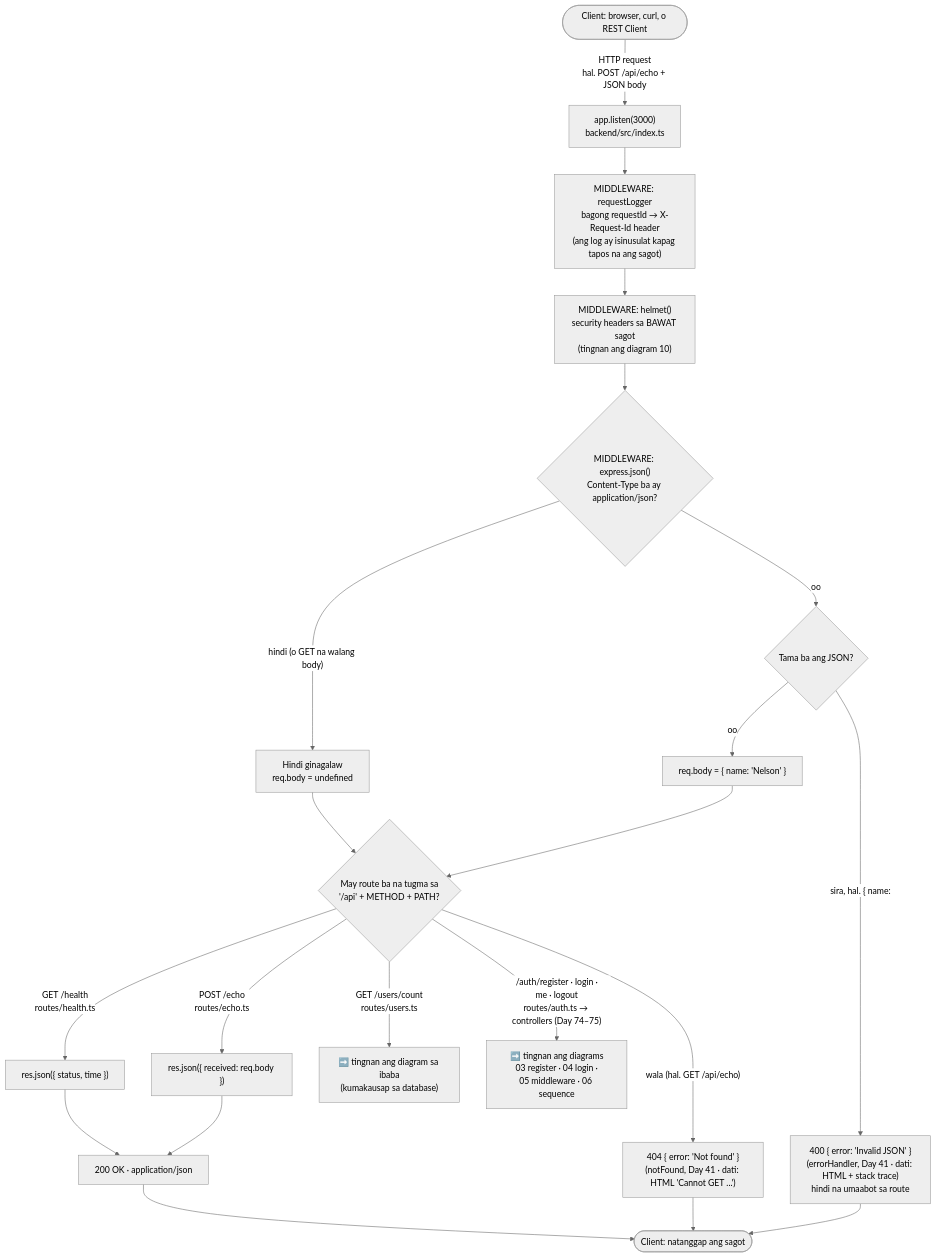
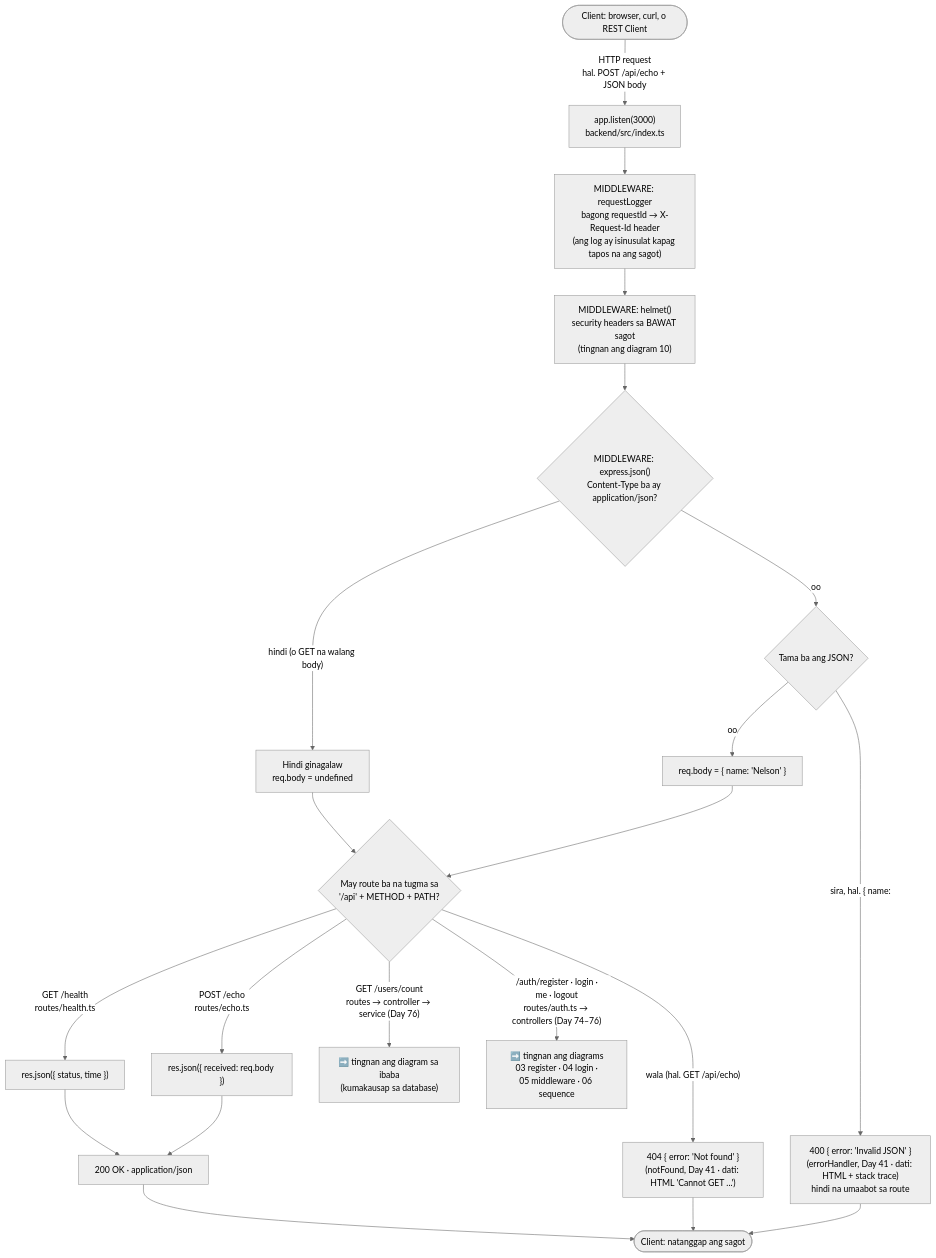
Before and after one commit to nelson1869-ai/auth-learning: the first of 3 diagrams in docs/diagrams/01-request-lifecycle.md, drawn with Mermaid (neutral theme). The commit also changed other lines of this file and 18 other files, not shown here.

First line of the commit message:
docs: Day 76 final architecture, all diagrams, journal

````diff
--- a/docs/diagrams/01-request-lifecycle.md
+++ b/docs/diagrams/01-request-lifecycle.md
@@ -10,23 +10,23 @@
 ```mermaid
 flowchart TD
     Start(["Client: browser, curl, o REST Client"]) -->|"HTTP request<br/>hal. POST /api/echo + JSON body"| Listen["app.listen(3000)<br/>backend/src/index.ts"]
     Listen --> Log["MIDDLEWARE: requestLogger<br/>bagong requestId → X-Request-Id header<br/>(ang log ay isinusulat kapag tapos na ang sagot)"]
     Log --> Helmet["MIDDLEWARE: helmet()<br/>security headers sa BAWAT sagot<br/>(tingnan ang diagram 10)"]
     Helmet --> Json{"MIDDLEWARE: express.json()<br/>Content-Type ba ay application/json?"}
     Json -->|"hindi (o GET na walang body)"| Skip["Hindi ginagalaw<br/>req.body = undefined"]
     Json -->|"oo"| Parse{"Tama ba ang JSON?"}
     Parse -->|"oo"| Body["req.body = { name: 'Nelson' }"]
     Parse -->|"sira, hal. { name:"| Bad["400 { error: 'Invalid JSON' }<br/>(errorHandler, Day 41 · dati: HTML + stack trace)<br/>hindi na umaabot sa route"]
     Skip --> Match
     Body --> Match{"May route ba na tugma sa<br/>'/api' + METHOD + PATH?"}
     Match -->|"GET /health<br/>routes/health.ts"| Health["res.json({ status, time })"]
     Match -->|"POST /echo<br/>routes/echo.ts"| Echo["res.json({ received: req.body })"]
-    Match -->|"GET /users/count<br/>routes/users.ts"| Users["➡️ tingnan ang diagram sa ibaba<br/>(kumakausap sa database)"]
-    Match -->|"/auth/register · login ·<br/>me · logout<br/>routes/auth.ts → controllers (Day 74–75)"| AuthR["➡️ tingnan ang diagrams<br/>03 register · 04 login ·<br/>05 middleware · 06 sequence"]
+    Match -->|"GET /users/count<br/>routes → controller → service (Day 76)"| Users["➡️ tingnan ang diagram sa ibaba<br/>(kumakausap sa database)"]
+    Match -->|"/auth/register · login ·<br/>me · logout<br/>routes/auth.ts → controllers (Day 74–76)"| AuthR["➡️ tingnan ang diagrams<br/>03 register · 04 login ·<br/>05 middleware · 06 sequence"]
     Match -->|"wala (hal. GET /api/echo)"| NotFound["404 { error: 'Not found' }<br/>(notFound, Day 41 · dati: HTML 'Cannot GET ...')"]
     Health --> OK["200 OK · application/json"]
     Echo --> OK
     OK --> Done(["Client: natanggap ang sagot"])
     Bad --> Done
     NotFound --> Done
 ```
````
